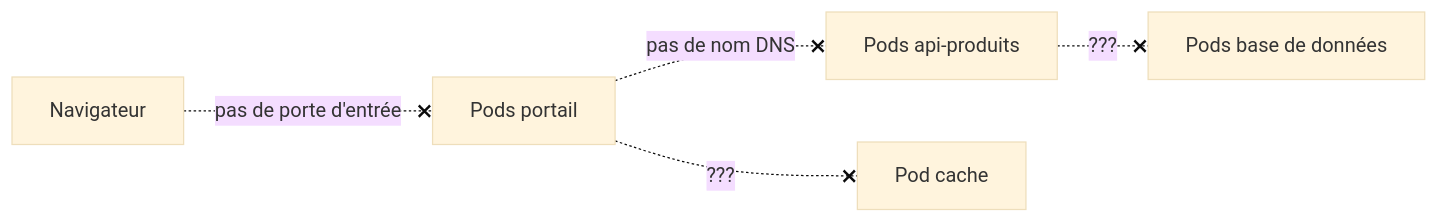
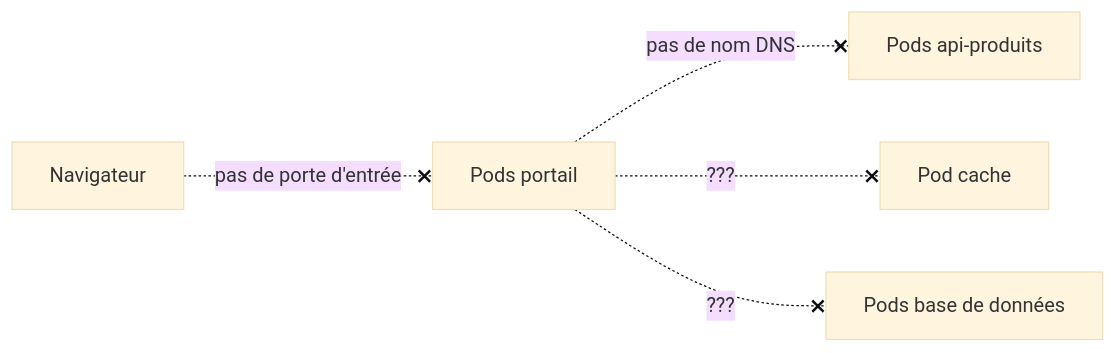
Before and after one commit to haythem-rehouma/deploiement-de-solutions-de-donnees-1: the first of 2 diagrams in 00-ressources/01-mini-projets/projet12-kubernetes-services-tp/00-ENONCE.md, drawn with Mermaid (base theme). The commit also changed other lines of this file, not shown here.

````diff
--- a/00-ressources/01-mini-projets/projet12-kubernetes-services-tp/00-ENONCE.md
+++ b/00-ressources/01-mini-projets/projet12-kubernetes-services-tp/00-ENONCE.md
@@ -21,7 +44,7 @@
 ```mermaid
 flowchart LR
     nav["Navigateur"] -.pas de porte d'entrée.-x portail["Pods portail"]
     portail -.pas de nom DNS.-x api["Pods api-produits"]
     portail -.???.-x cache["Pod cache"]
-    api -.???.-x bd["Pods base de données"]
+    portail -.???.-x bd["Pods base de données"]
 ```
````
